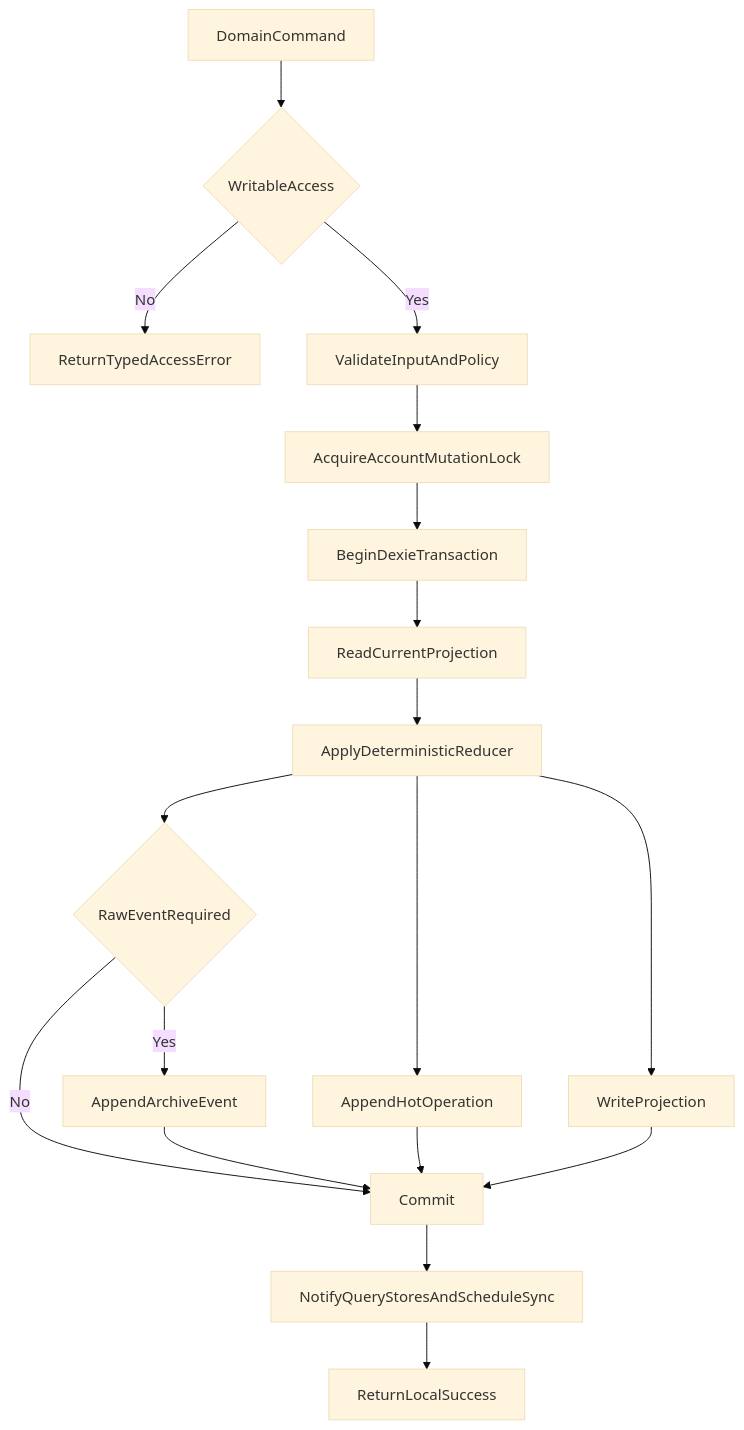
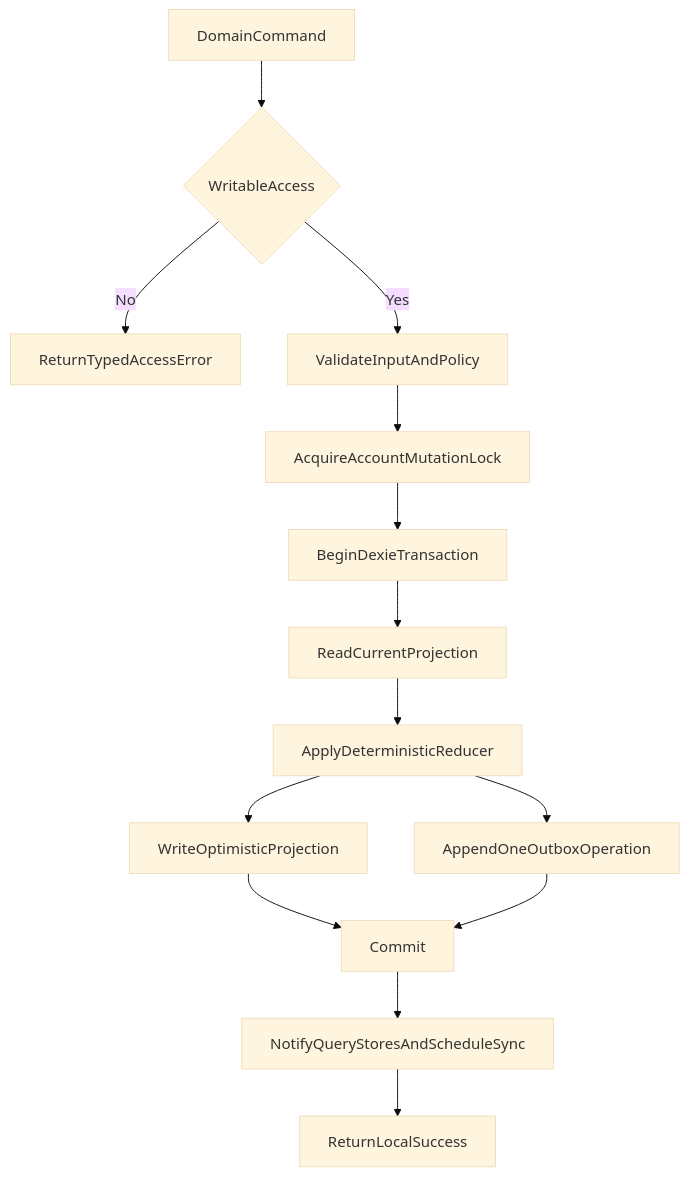
The third of 5 diagrams in docs/notes/STUDY-ENGINE-BRAINSTORM/STUDY-ENGINE-DESIGN/LOCAL-DATA-AND-DOMAINS.md (PikaPikaGems/kanji-heatmap), drawn with Mermaid (base theme) before and after one commit. The commit also changed other lines of this file and 8 other files, not shown here.

````diff
--- a/docs/notes/STUDY-ENGINE-BRAINSTORM/STUDY-ENGINE-DESIGN/LOCAL-DATA-AND-DOMAINS.md
+++ b/docs/notes/STUDY-ENGINE-BRAINSTORM/STUDY-ENGINE-DESIGN/LOCAL-DATA-AND-DOMAINS.md
@@ -212,20 +228,16 @@
 ```mermaid
 flowchart TD
     Command[DomainCommand] --> Access{WritableAccess}
     Access -->|No| AccessError[ReturnTypedAccessError]
     Access -->|Yes| Validate[ValidateInputAndPolicy]
     Validate --> LocalLock[AcquireAccountMutationLock]
     LocalLock --> Tx[BeginDexieTransaction]
     Tx --> Read[ReadCurrentProjection]
     Read --> Reduce[ApplyDeterministicReducer]
-    Reduce --> Projection[WriteProjection]
-    Reduce --> HotOp[AppendHotOperation]
-    Reduce --> RawNeeded{RawEventRequired}
-    RawNeeded -->|Yes| ArchiveOp[AppendArchiveEvent]
-    RawNeeded -->|No| Commit[Commit]
-    ArchiveOp --> Commit
-    HotOp --> Commit
-    Projection --> Commit
+    Reduce --> Projection[WriteOptimisticProjection]
+    Reduce --> Op[AppendOneOutboxOperation]
+    Projection --> Commit[Commit]
+    Op --> Commit
     Commit --> Notify[NotifyQueryStoresAndScheduleSync]
     Notify --> Success[ReturnLocalSuccess]
 ```
````
